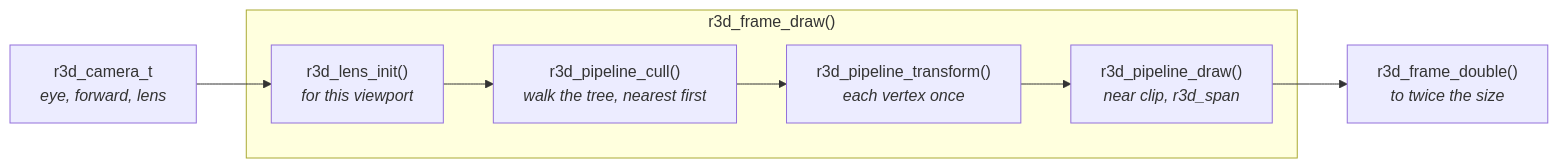
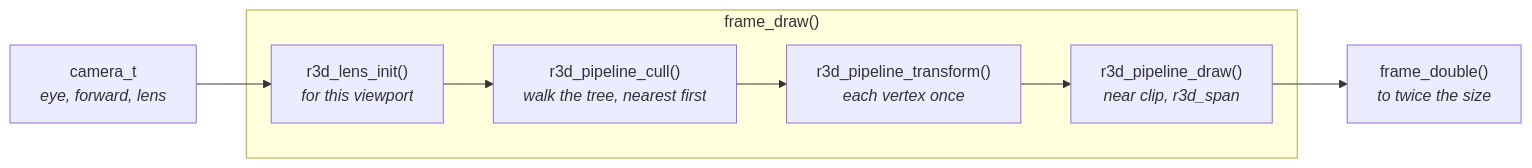
One commit to jose-villegas/autana changed the first of 3 diagrams in docs/Mesh-Rendering.md. Above: the diagram before and after it, drawn with Mermaid. The commit also changed other lines of this file and 54 other files, not shown here.

Commit message:
render: scene nouns are their own modules - camera, frame, viewport, vec3f, ray, trs

````diff
--- a/docs/Mesh-Rendering.md
+++ b/docs/Mesh-Rendering.md
@@ -62,10 +64,10 @@
 ```mermaid
 flowchart LR
-    Camera["r3d_camera_t<br/><i>eye, forward, lens</i>"] --> Lens
-    subgraph Render["r3d_frame_draw()"]
+    Camera["camera_t<br/><i>eye, forward, lens</i>"] --> Lens
+    subgraph Render["frame_draw()"]
         Lens["r3d_lens_init()<br/><i>for this viewport</i>"] --> Cull
         Cull["r3d_pipeline_cull()<br/><i>walk the tree, nearest first</i>"] --> Transform["r3d_pipeline_transform()<br/><i>each vertex once</i>"]
         Transform --> Draw["r3d_pipeline_draw()<br/><i>near clip, r3d_span</i>"]
     end
-    Draw --> Double["r3d_frame_double()<br/><i>to twice the size</i>"]
+    Draw --> Double["frame_double()<br/><i>to twice the size</i>"]
 ```
````
